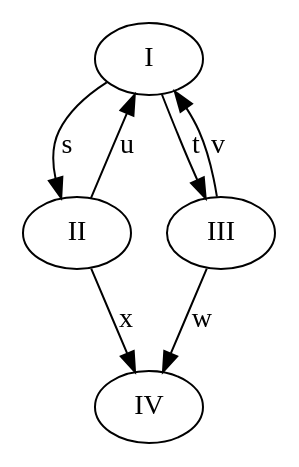
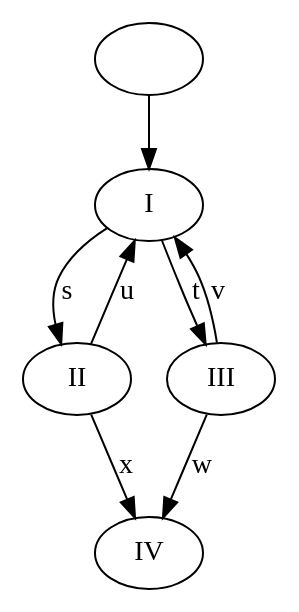
Before and after one commit to Isotactics/deciding-isotactics: the diagram in isotactics/resources/m2.dot, drawn with Graphviz. The commit also changed 11 other files, not shown here.

First line of the commit message:
Refactoring:   * function namespaces für:     * Graph     * Alignment     * Util

```diff
--- a/isotactics/resources/m2.dot
+++ b/isotactics/resources/m2.dot
@@ -1,8 +1,9 @@
 digraph {
+  ""  -> I    [label="", lowlink="0"];
   I   -> II   [label="s", lowlink="0"];
   I   -> III  [label="t", lowlink="0"];
   II  -> I    [label="u", lowlink="0"];
   II  -> IV   [label="x", lowlink="0"];
   III -> I    [label="v", lowlink="0"];
   III -> IV   [label="w", lowlink="0"];
 }
```
